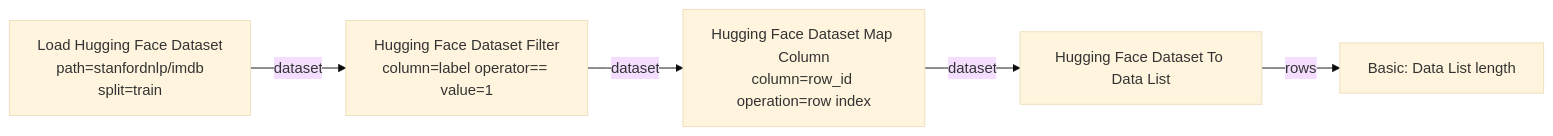
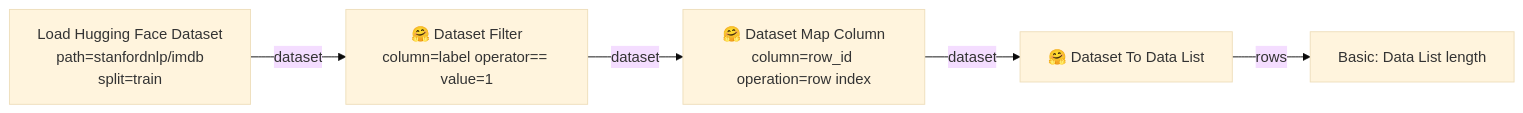
Before and after one commit to StableLlama/ComfyUI-huggingface_dataset: the third of 3 diagrams in README.md, drawn with Mermaid (base theme). The commit also changed other lines of this file and 32 other files, not shown here.

````diff
--- a/README.md
+++ b/README.md
@@ -207,7 +222,7 @@
 ```mermaid
 flowchart LR
-    A[Load Hugging Face Dataset<br/>path=stanfordnlp/imdb<br/>split=train] -->|dataset| B[Hugging Face Dataset Filter<br/>column=label operator== value=1]
-    B -->|dataset| C[Hugging Face Dataset Map Column<br/>column=row_id operation=row index]
-    C -->|dataset| D[Hugging Face Dataset To Data List]
+    A[Load Hugging Face Dataset<br/>path=stanfordnlp/imdb<br/>split=train] -->|dataset| B[🤗 Dataset Filter<br/>column=label operator== value=1]
+    B -->|dataset| C[🤗 Dataset Map Column<br/>column=row_id operation=row index]
+    C -->|dataset| D[🤗 Dataset To Data List]
     D -->|rows| E[Basic: Data List length]
 ```
````
